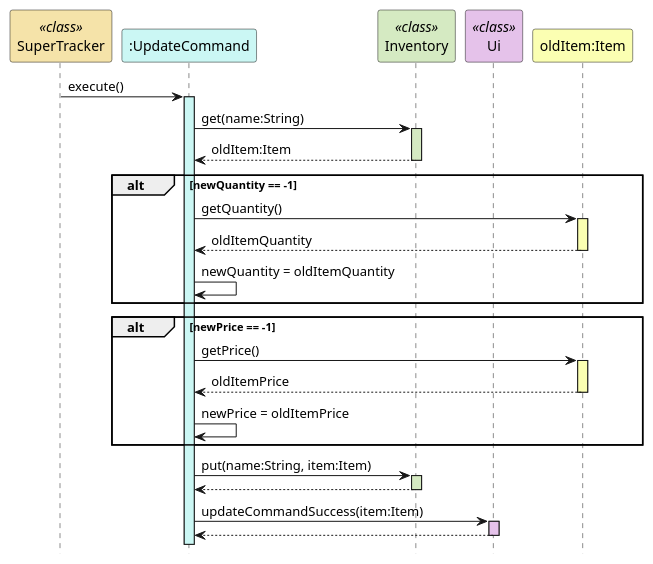
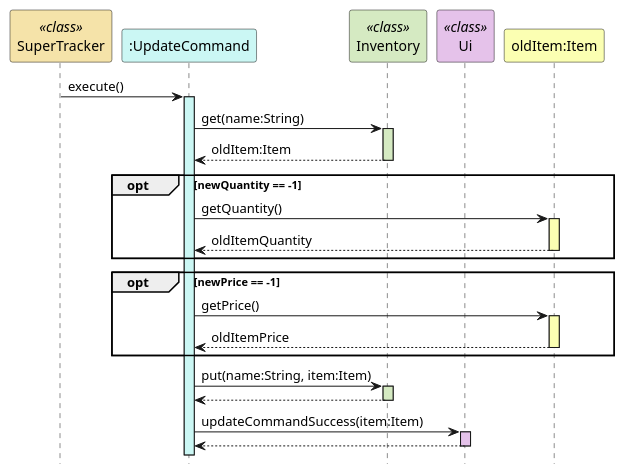
The second of 2 diagrams in docs/uml-diagrams/UpdateCommand.puml (nus-cs2113-AY2324S2/tp), drawn with PlantUML before and after one commit. The commit also changed 1 other file, not shown here.

Commit message:
Update sequence diagram for UpdateCommand

```diff
--- a/docs/uml-diagrams/UpdateCommand.puml
+++ b/docs/uml-diagrams/UpdateCommand.puml
@@ -51,42 +51,41 @@
 @startuml
 hide footbox
 participant "SuperTracker" as SuperTracker <<class>> #f5e3a9
 participant ":UpdateCommand" as UpdateCommand #cbf7f4
 participant "Inventory" as Inventory <<class>> #d5eac2
 participant "Ui" as Ui <<class>> #e5c2ea
 participant "oldItem:Item" as Item #fbffb2
 
 SuperTracker -> UpdateCommand : execute()
 activate UpdateCommand #cbf7f4
 
 UpdateCommand -> Inventory : get(name:String)
 activate Inventory #d5eac2
 Inventory --> UpdateCommand : oldItem:Item
 deactivate Inventory
 
-alt newQuantity == -1
+opt newQuantity == -1
     UpdateCommand -> Item: getQuantity()
     activate Item #fbffb2
     Item --> UpdateCommand: oldItemQuantity
     deactivate Item
-    UpdateCommand -> UpdateCommand: newQuantity = oldItemQuantity
 end
-alt newPrice == -1
+
+opt newPrice == -1
     UpdateCommand -> Item: getPrice()
     activate Item #fbffb2
     Item --> UpdateCommand: oldItemPrice
     deactivate Item
-    UpdateCommand -> UpdateCommand: newPrice = oldItemPrice
 end
 
 UpdateCommand -> Inventory : put(name:String, item:Item)
 activate Inventory #d5eac2
 Inventory --> UpdateCommand
 deactivate Inventory
 
 UpdateCommand -> Ui : updateCommandSuccess(item:Item)
 activate Ui #e5c2ea
 Ui --> UpdateCommand
 deactivate Ui
 
 @enduml
```
